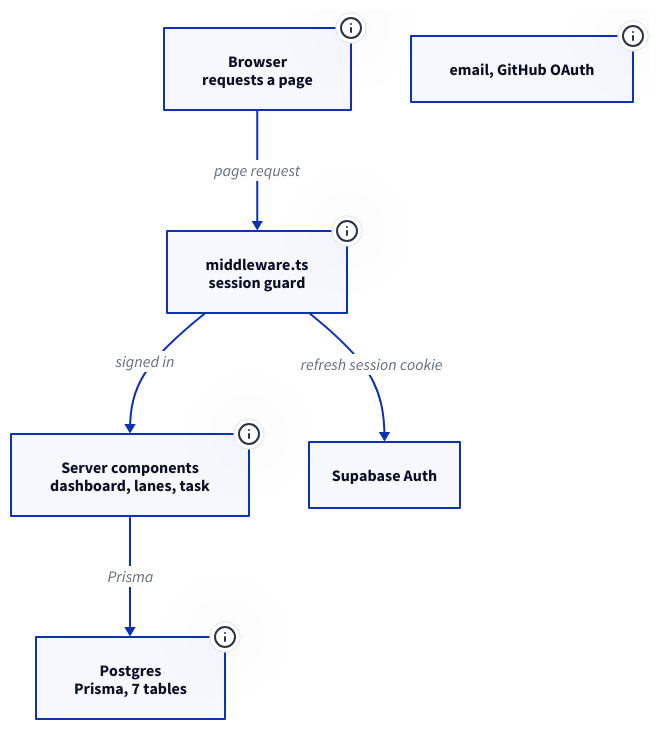
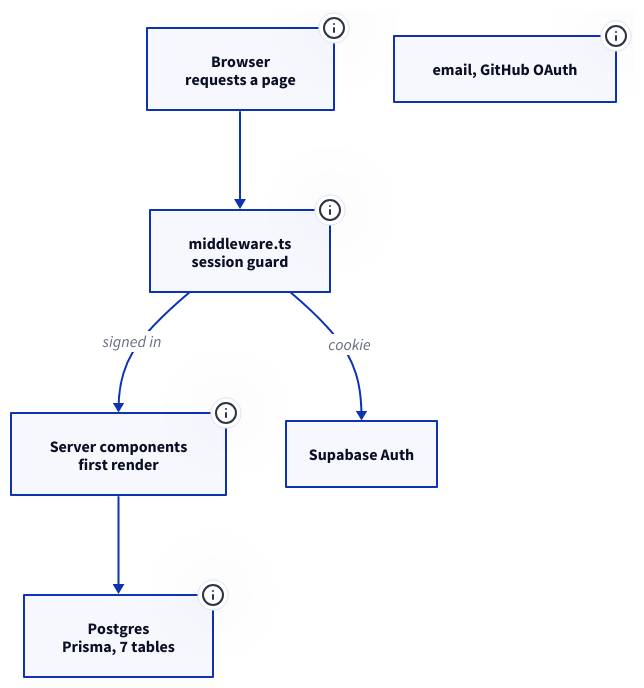
One commit to kunalgoesbyken/portfoliov1 changed the diagram in data/projects/diagrams/taskflow-page.d2. Above: the diagram before and after it, drawn with D2. The commit also changed 50 other files, not shown here.

First line of the commit message:
Fill the column with every architecture diagram

```diff
--- a/data/projects/diagrams/taskflow-page.d2
+++ b/data/projects/diagrams/taskflow-page.d2
@@ -1,30 +1,30 @@
 browser: Browser\nrequests a page {
   class: client
   tooltip: "Asks for a page route such as /dashboard. Middleware handles the request before any page renders, and the first paint already has data. After that, client components take over with TanStack Query."
 }
 
 mw: middleware.ts\nsession guard {
   class: service
   tooltip: "Runs on page routes only, not on /api. Refreshes the Supabase session cookie and redirects signed-out visitors from /dashboard, /tasks, /analytics and /settings to /login."
 }
 
-pages: Server components\ndashboard, lanes, task {
+pages: Server components\nfirst render {
   class: service
-  tooltip: "Call getAuthUser(), then read tasks through Prisma with the same creator-or-assignee filter as the API, so the first render already has data."
+  tooltip: "The dashboard, lanes and task pages. Each calls getAuthUser(), then read tasks through Prisma with the same creator-or-assignee filter as the API, so the first render already has data."
 }
 
 auth: Supabase Auth
 email, GitHub OAuth {
   class: external
   tooltip: "Email and password plus GitHub OAuth. The middleware refreshes the session cookie against it on every page request."
 }
 
 db: Postgres\nPrisma, 7 tables {
   class: store
   tooltip: "Tasks, task events, notifications, users, handoff templates, GitHub tokens and Slack installations. Composite indexes on assignee and creator with updatedAt back the dashboard query."
 }
 
-browser -> mw: page request
-mw -> auth: refresh session cookie
+browser -> mw
+mw -> auth: cookie
 mw -> pages: signed in
-pages -> db: Prisma
+pages -> db
```
